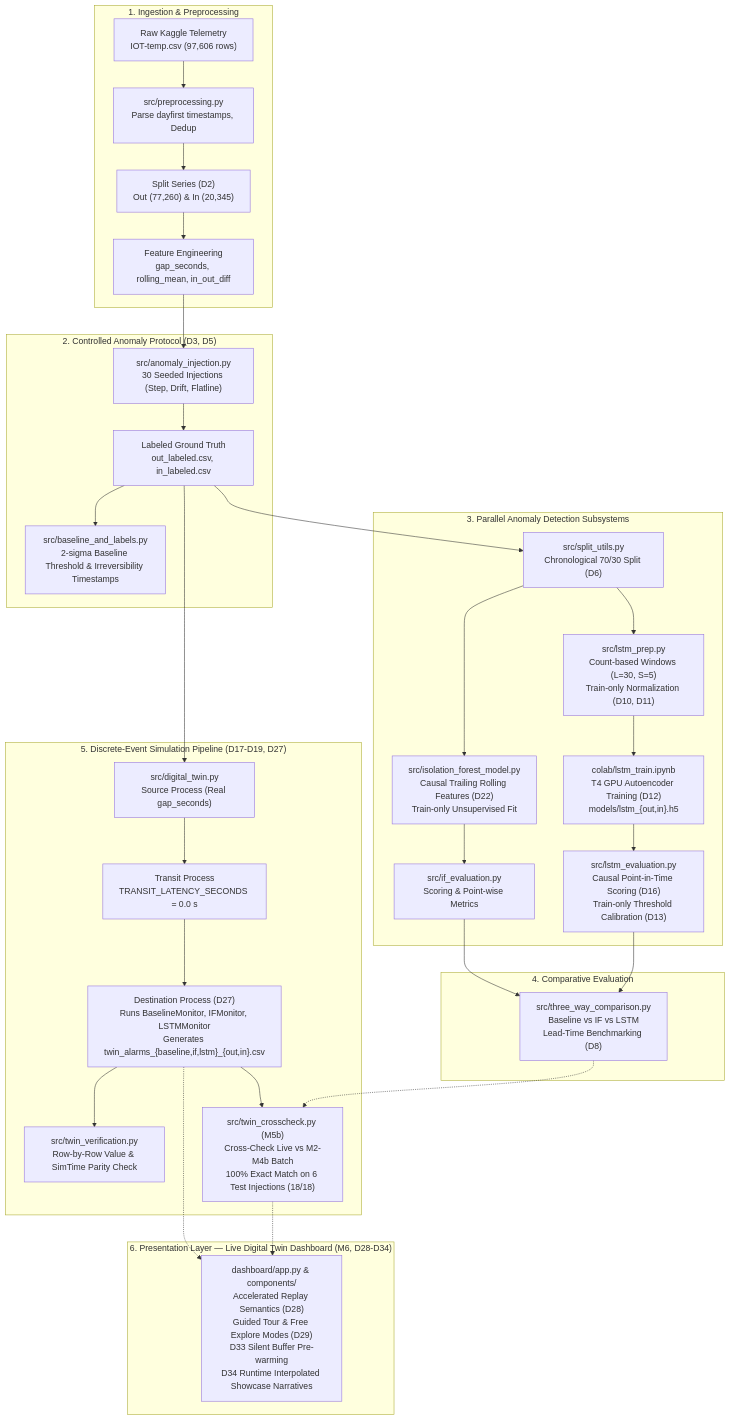
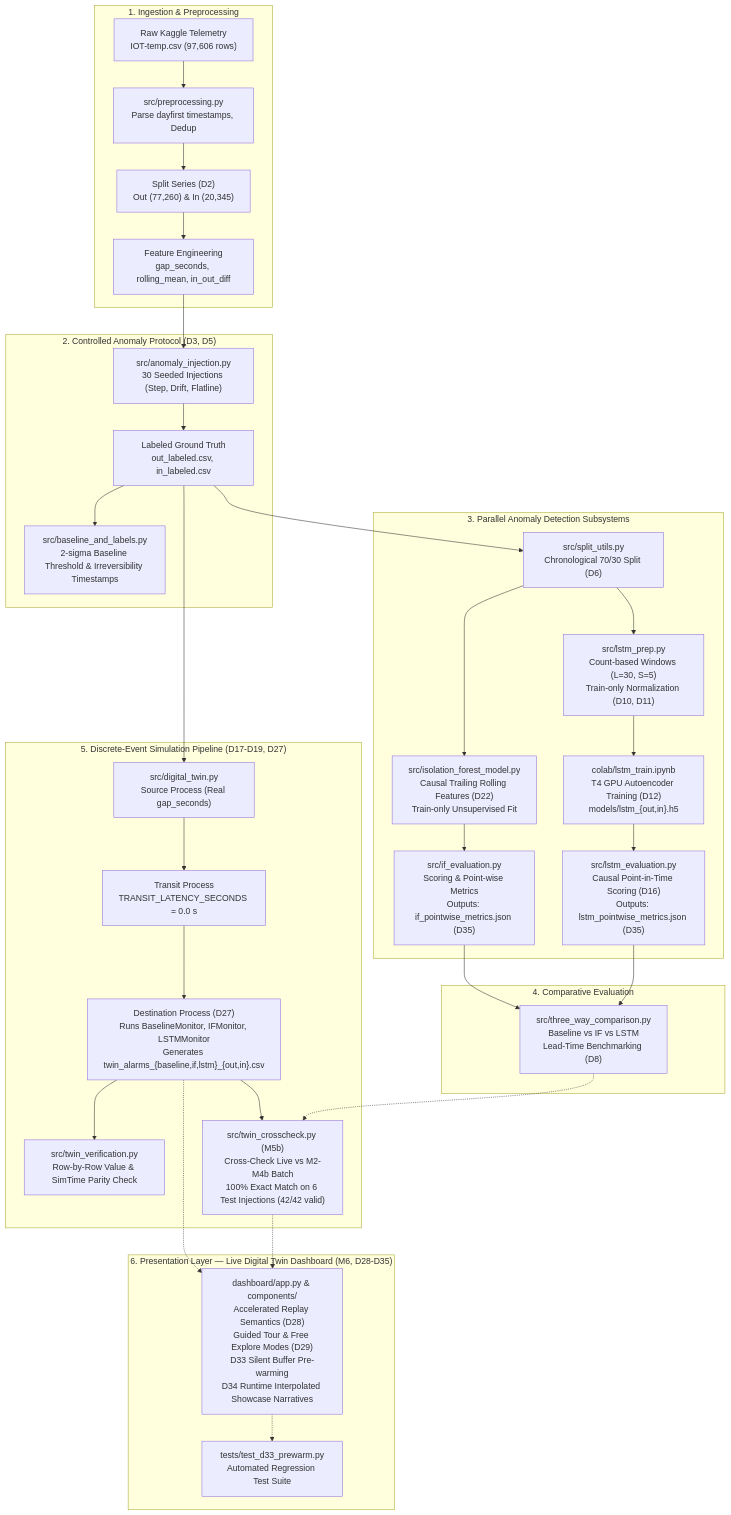
One commit to Krishna200608/coldchain-ews-twin changed the diagram in README.md. Above: the diagram before and after it, drawn with Mermaid. The commit also changed other lines of this file and 2 other files, not shown here.

````diff
--- a/README.md
+++ b/README.md
@@ -58,46 +80,48 @@
 ```mermaid
 flowchart TD
     subgraph Ingestion["1. Ingestion & Preprocessing"]
         A["Raw Kaggle Telemetry<br/>IOT-temp.csv (97,606 rows)"] --> B["src/preprocessing.py<br/>Parse dayfirst timestamps, Dedup"]
         B --> C["Split Series (D2)<br/>Out (77,260) & In (20,345)"]
         C --> D["Feature Engineering<br/>gap_seconds, rolling_mean, in_out_diff"]
     end
 
     subgraph SyntheticPerturbation["2. Controlled Anomaly Protocol (D3, D5)"]
         D --> E["src/anomaly_injection.py<br/>30 Seeded Injections (Step, Drift, Flatline)"]
         E --> F["Labeled Ground Truth<br/>out_labeled.csv, in_labeled.csv"]
         F --> G["src/baseline_and_labels.py<br/>2-sigma Baseline Threshold & Irreversibility Timestamps"]
     end
 
     subgraph Modeling["3. Parallel Anomaly Detection Subsystems"]
         F --> H["src/split_utils.py<br/>Chronological 70/30 Split (D6)"]
         
         H --> I["src/isolation_forest_model.py<br/>Causal Trailing Rolling Features (D22)<br/>Train-only Unsupervised Fit"]
-        I --> J["src/if_evaluation.py<br/>Scoring & Point-wise Metrics"]
+        I --> J["src/if_evaluation.py<br/>Scoring & Point-wise Metrics<br/>Outputs: if_pointwise_metrics.json (D35)"]
         
         H --> K["src/lstm_prep.py<br/>Count-based Windows (L=30, S=5)<br/>Train-only Normalization (D10, D11)"]
         K --> L["colab/lstm_train.ipynb<br/>T4 GPU Autoencoder Training (D12)<br/>models/lstm_{out,in}.h5"]
-        L --> M["src/lstm_evaluation.py<br/>Causal Point-in-Time Scoring (D16)<br/>Train-only Threshold Calibration (D13)"]
+        L --> M["src/lstm_evaluation.py<br/>Causal Point-in-Time Scoring (D16)<br/>Outputs: lstm_pointwise_metrics.json (D35)"]
     end
 
     subgraph Benchmark["4. Comparative Evaluation"]
         J --> N["src/three_way_comparison.py<br/>Baseline vs IF vs LSTM<br/>Lead-Time Benchmarking (D8)"]
         M --> N
     end
 
     subgraph DigitalTwin["5. Discrete-Event Simulation Pipeline (D17-D19, D27)"]
         F --> O["src/digital_twin.py<br/>Source Process (Real gap_seconds)"]
         O --> P["Transit Process<br/>TRANSIT_LATENCY_SECONDS = 0.0 s"]
         P --> Q["Destination Process (D27)<br/>Runs BaselineMonitor, IFMonitor, LSTMMonitor<br/>Generates twin_alarms_{baseline,if,lstm}_{out,in}.csv"]
         Q --> R["src/twin_verification.py<br/>Row-by-Row Value & SimTime Parity Check"]
-        Q --> S["src/twin_crosscheck.py (M5b)<br/>Cross-Check Live vs M2-M4b Batch<br/>100% Exact Match on 6 Test Injections (18/18)"]
+        Q --> S["src/twin_crosscheck.py (M5b)<br/>Cross-Check Live vs M2-M4b Batch<br/>100% Exact Match on 6 Test Injections (42/42 valid)"]
         N -.-> S
     end
 
-    subgraph Presentation["6. Presentation Layer — Live Digital Twin Dashboard (M6, D28-D34)"]
+    subgraph Presentation["6. Presentation Layer — Live Digital Twin Dashboard (M6, D28-D35)"]
         T["dashboard/app.py & components/<br/>Accelerated Replay Semantics (D28)<br/>Guided Tour & Free Explore Modes (D29)<br/>D33 Silent Buffer Pre-warming<br/>D34 Runtime Interpolated Showcase Narratives"]
+        U["tests/test_d33_prewarm.py<br/>Automated Regression Test Suite"]
     end
 
     Q -.-> T
     S -.-> T
+    T -.-> U
 ```
````
